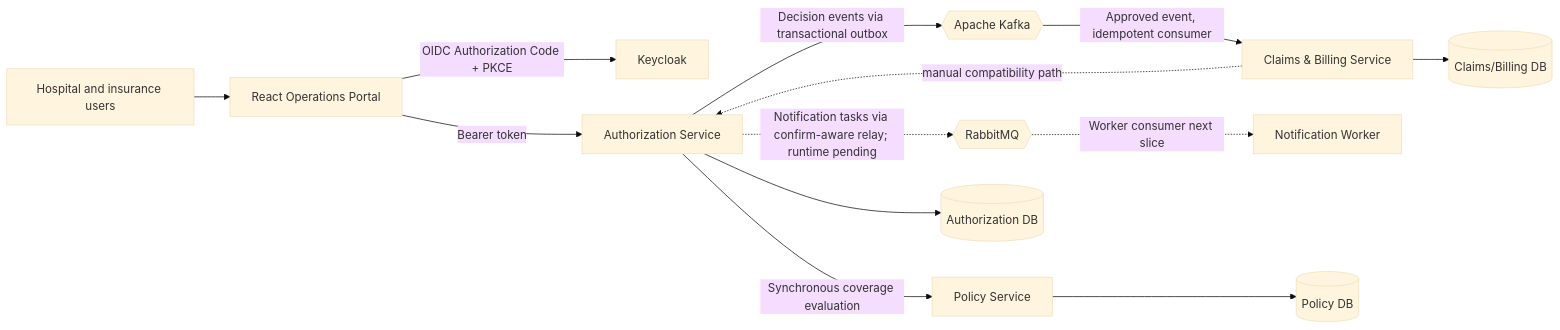
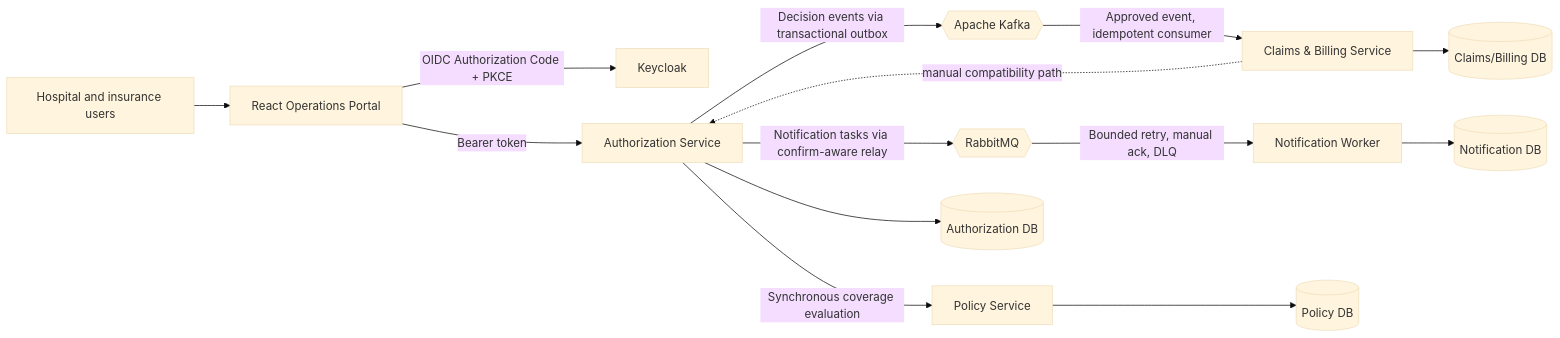
The diagram in README.md (aydindemir1/health-insurance-platform), drawn with Mermaid (base theme) before and after one commit. The commit also changed other lines of this file and 14 other files, not shown here.

````diff
--- a/README.md
+++ b/README.md
@@ -168,15 +172,16 @@
 ```mermaid
 flowchart LR
     User[Hospital and insurance users] --> Portal[React Operations Portal]
     Portal -->|OIDC Authorization Code + PKCE| KC[Keycloak]
     Portal -->|Bearer token| Auth[Authorization Service]
     Auth -->|Synchronous coverage evaluation| Policy[Policy Service]
     Auth -->|Decision events via transactional outbox| Kafka{{Apache Kafka}}
-    Auth -. Notification tasks via confirm-aware relay; runtime pending .-> Rabbit{{RabbitMQ}}
+    Auth -->|Notification tasks via confirm-aware relay| Rabbit{{RabbitMQ}}
     Kafka -->|Approved event, idempotent consumer| Claims[Claims & Billing Service]
-    Rabbit -. Worker consumer next slice .-> Notifications[Notification Worker]
+    Rabbit -->|Bounded retry, manual ack, DLQ| Notifications[Notification Worker]
     Claims -. manual compatibility path .-> Auth
     Auth --> AuthDB[(Authorization DB)]
     Policy --> PolicyDB[(Policy DB)]
     Claims --> ClaimsDB[(Claims/Billing DB)]
+    Notifications --> NotificationDB[(Notification DB)]
 ```
````
